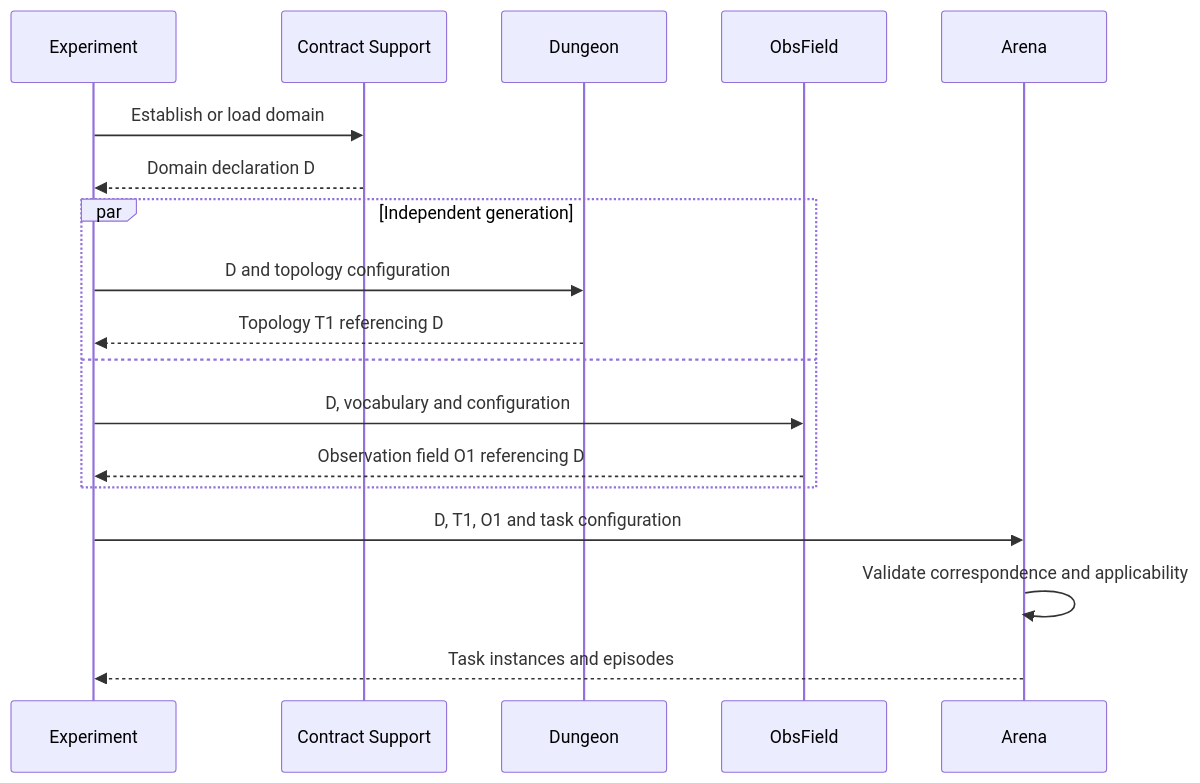
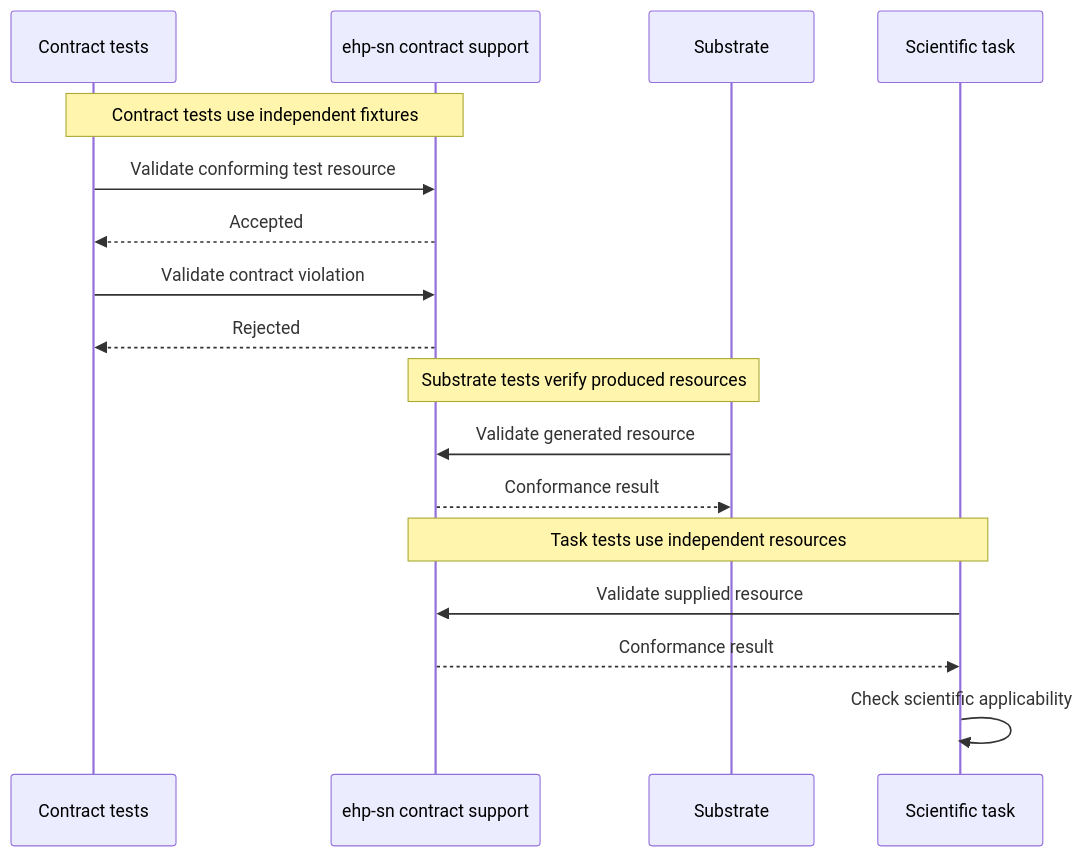
The fifth of 13 diagrams in README.md (BorjaEst/ehp-sn), drawn with Mermaid before and after one commit. The commit also changed other lines of this file, not shown here.

````diff
--- a/README.md
+++ b/README.md
@@ -1064,23 +903,23 @@
 ```mermaid
 sequenceDiagram
-    participant E as Experiment
-    participant C as Contract Support
-    participant D as Dungeon
-    participant O as ObsField
-    participant A as Arena
+    participant X as Contract tests
+    participant C as ehp-sn contract support
+    participant S as Substrate
+    participant T as Scientific task
 
-    E->>C: Establish or load domain
-    C-->>E: Domain declaration D
+    Note over X,C: Contract tests use independent fixtures
+    X->>C: Validate conforming test resource
+    C-->>X: Accepted
 
-    par Independent generation
-        E->>D: D and topology configuration
-        D-->>E: Topology T1 referencing D
-    and
-        E->>O: D, vocabulary and configuration
-        O-->>E: Observation field O1 referencing D
-    end
+    X->>C: Validate contract violation
+    C-->>X: Rejected
 
-    E->>A: D, T1, O1 and task configuration
-    A->>A: Validate correspondence and applicability
-    A-->>E: Task instances and episodes
+    Note over S,C: Substrate tests verify produced resources
+    S->>C: Validate generated resource
+    C-->>S: Conformance result
+
+    Note over T,C: Task tests use independent resources
+    T->>C: Validate supplied resource
+    C-->>T: Conformance result
+    T->>T: Check scientific applicability
 ```
````
